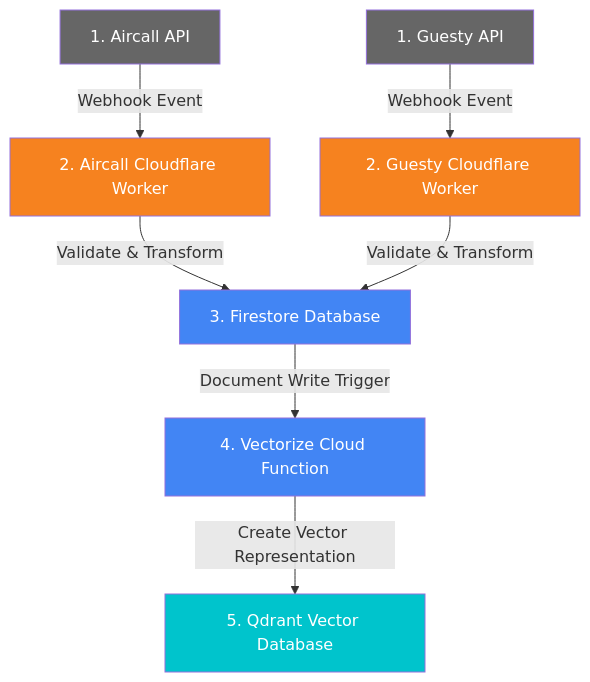
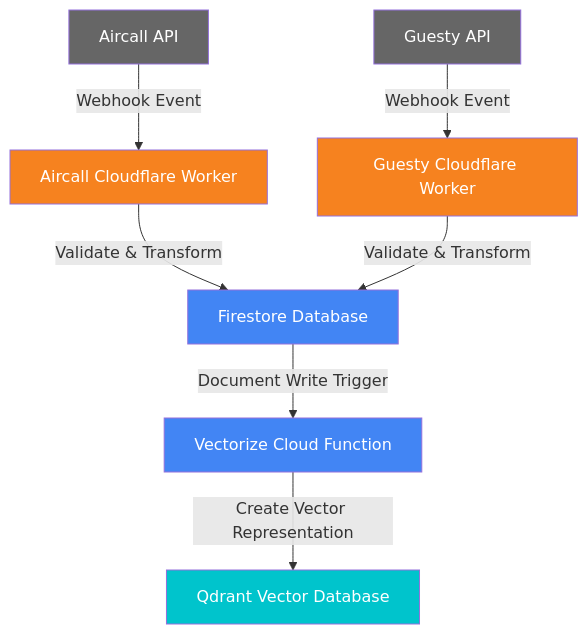
Before and after one commit to deepbrainspace/deepbrain-stack: the sixth of 7 diagrams in documentation/infrastructure-diagrams.md, drawn with Mermaid. The commit also changed other lines of this file, not shown here.

Commit message:
feat: removed rocketChat vectorize worker

````diff
--- a/documentation/infrastructure-diagrams.md
+++ b/documentation/infrastructure-diagrams.md
@@ -268,21 +268,21 @@
 ```mermaid
 flowchart TD
-    A1[1. Aircall API] -->|Webhook Event| B1[2. Aircall Cloudflare Worker]
-    A2[1. Guesty API] -->|Webhook Event| B2[2. Guesty Cloudflare Worker]
+    A1["Aircall API"] -->|Webhook Event| B1["Aircall Cloudflare Worker"]
+    A2["Guesty API"] -->|Webhook Event| B2["Guesty Cloudflare Worker"]
     
-    B1 -->|Validate & Transform| C[3. Firestore Database]
+    B1 -->|Validate & Transform| C["Firestore Database"]
     B2 -->|Validate & Transform| C
     
-    C -->|Document Write Trigger| D[4. Vectorize Cloud Function]
-    D -->|Create Vector Representation| E[5. Qdrant Vector Database]
+    C -->|Document Write Trigger| D["Vectorize Cloud Function"]
+    D -->|Create Vector Representation| E["Qdrant Vector Database"]
     
     classDef external fill:#666666,color:white;
     classDef cloudflare fill:#F6821F,color:white;
     classDef gcp fill:#4285F4,color:white;
     classDef qdrant fill:#00C4CC,color:white;
     
     class A1,A2 external;
     class B1,B2 cloudflare;
     class C,D gcp;
     class E qdrant;
 ```
````
